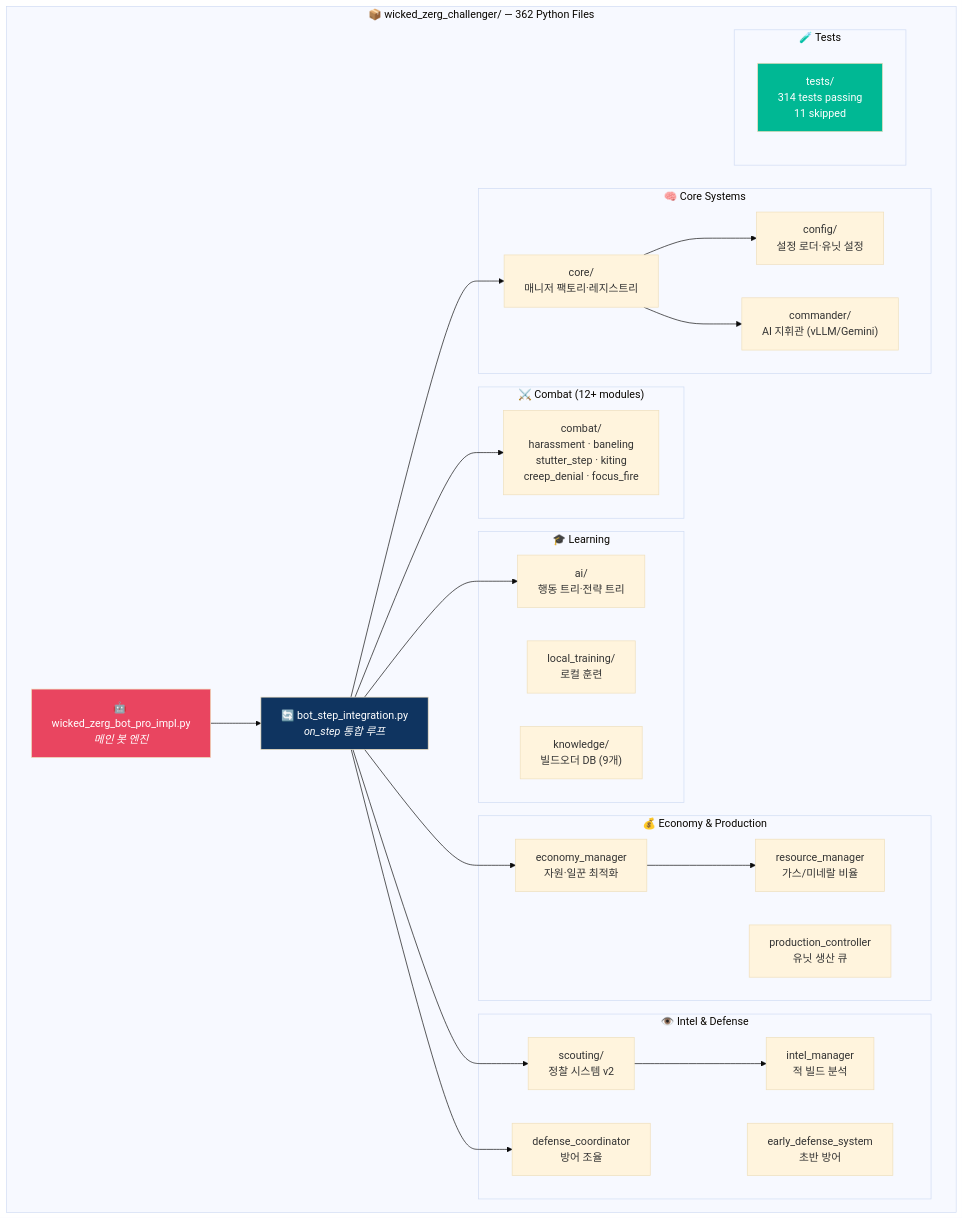
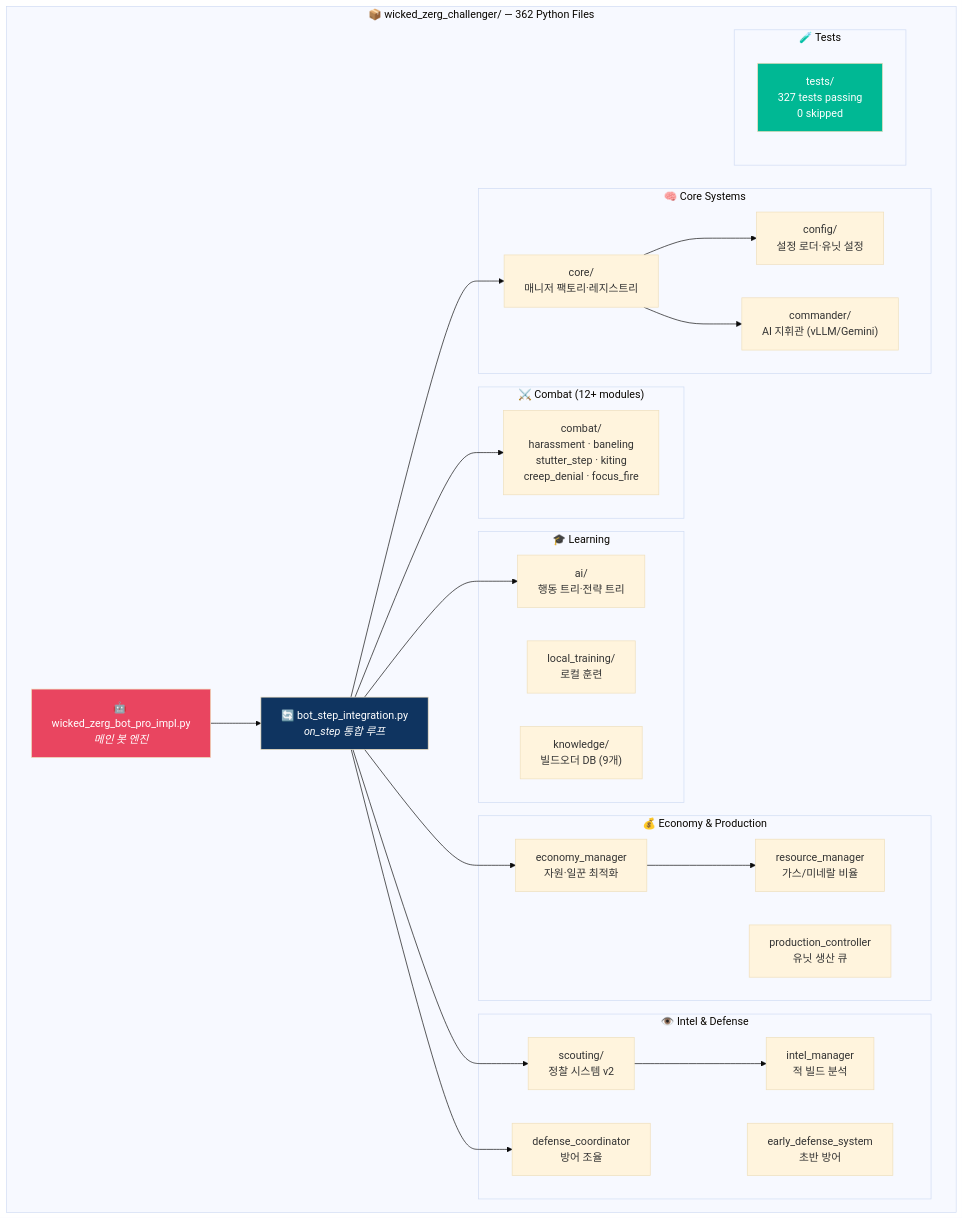
Diagram 12 of 29 in README.md (sun475300-sudo/Swarm-control-in-sc2bot), drawn with Mermaid (base theme) before and after one commit. The commit also changed other lines of this file and 1 other file, not shown here.

````diff
--- a/README.md
+++ b/README.md
@@ -395,50 +395,50 @@
 ```mermaid
 graph TB
     subgraph "📦 wicked_zerg_challenger/ — 362 Python Files"
         MAIN["🤖 wicked_zerg_bot_pro_impl.py<br/><i>메인 봇 엔진</i>"]
         STEP["🔄 bot_step_integration.py<br/><i>on_step 통합 루프</i>"]
 
         subgraph "🧠 Core Systems"
             CORE["core/<br/>매니저 팩토리·레지스트리"]
             CFG["config/<br/>설정 로더·유닛 설정"]
             CMD["commander/<br/>AI 지휘관 (vLLM/Gemini)"]
         end
 
         subgraph "⚔️ Combat (12+ modules)"
             CMB["combat/<br/>harassment · baneling<br/>stutter_step · kiting<br/>creep_denial · focus_fire"]
         end
 
         subgraph "💰 Economy & Production"
             ECO["economy_manager<br/>자원·일꾼 최적화"]
             PRD["production_controller<br/>유닛 생산 큐"]
             RES["resource_manager<br/>가스/미네랄 비율"]
         end
 
         subgraph "👁️ Intel & Defense"
             SCT["scouting/<br/>정찰 시스템 v2"]
             INTL["intel_manager<br/>적 빌드 분석"]
             DEFS["defense_coordinator<br/>방어 조율"]
             EARLY["early_defense_system<br/>초반 방어"]
         end
 
         subgraph "🎓 Learning"
             AI["ai/<br/>행동 트리·전략 트리"]
             TRN["local_training/<br/>로컬 훈련"]
             KB["knowledge/<br/>빌드오더 DB (9개)"]
         end
 
         subgraph "🧪 Tests"
-            TST["tests/<br/>314 tests passing<br/>11 skipped"]
+            TST["tests/<br/>327 tests passing<br/>0 skipped"]
         end
 
         MAIN --> STEP
         STEP --> CORE & CMB & ECO & SCT & DEFS & AI
         CORE --> CFG & CMD
         ECO --> RES
         SCT --> INTL
     end
 
     style MAIN fill:#e94560,color:#fff
     style STEP fill:#0f3460,color:#fff
     style TST fill:#00b894,color:#fff
 ```
````
